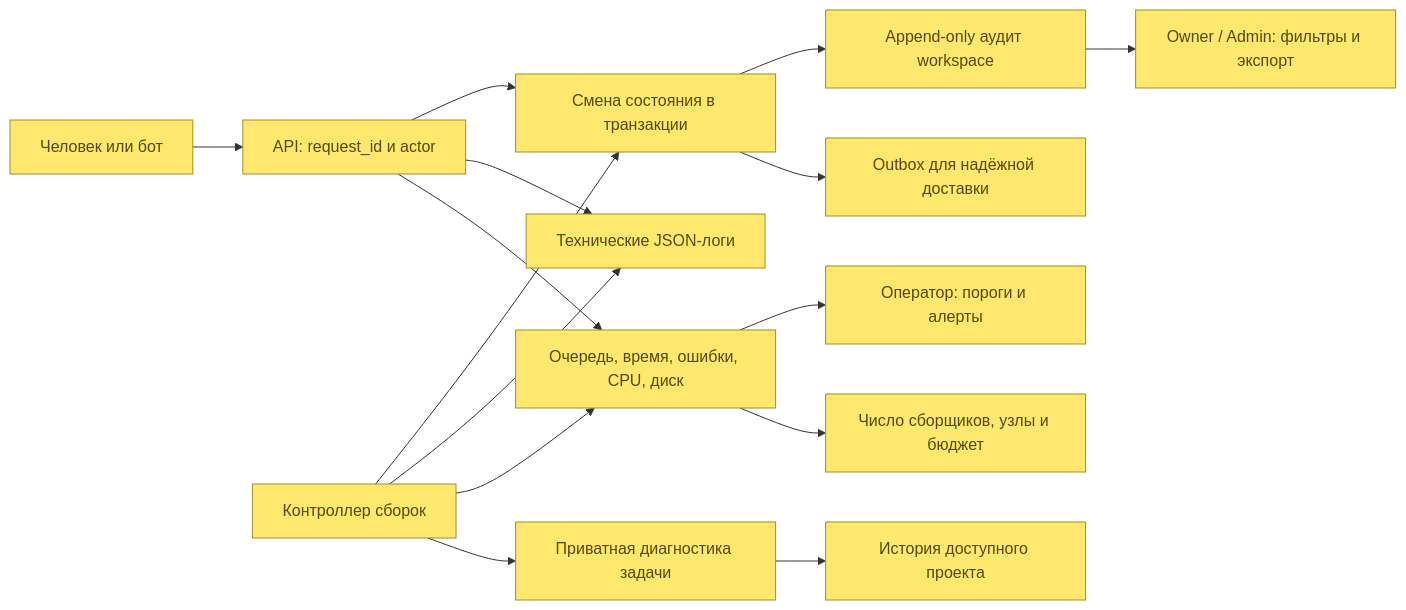
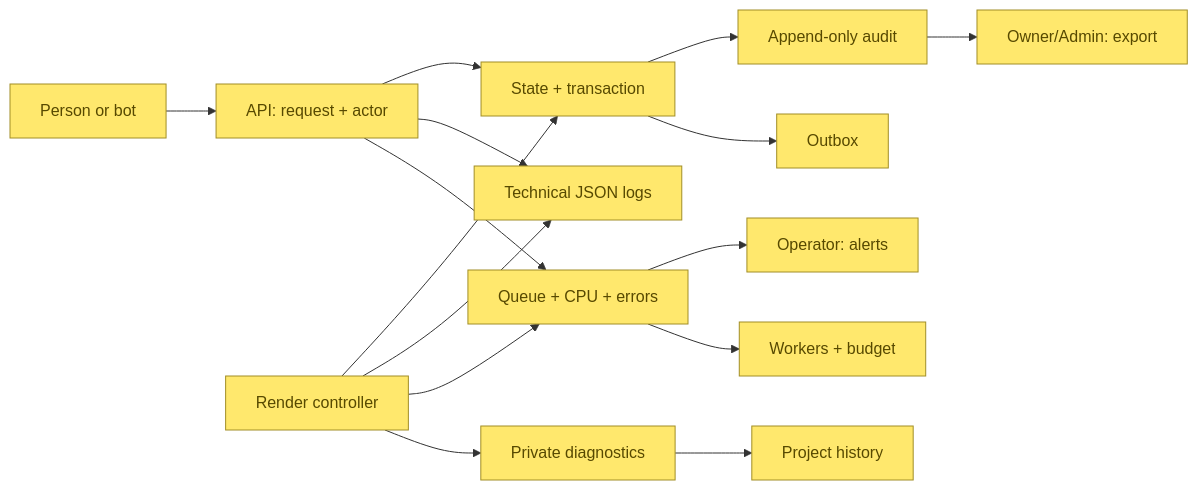
One commit to Feruum/Leafrun changed the diagram in docs/architecture/diagrams/v1/14-audit-operations.mmd. Above: the diagram before and after it, drawn with Mermaid. The commit also changed 38 other files, not shown here.

```diff
--- a/docs/architecture/diagrams/v1/14-audit-operations.mmd
+++ b/docs/architecture/diagrams/v1/14-audit-operations.mmd
@@ -1,17 +1,17 @@
 flowchart LR
-    Browser[Человек или бот] --> API[API: request_id и actor]
-    Worker[Контроллер сборок] --> State[Смена состояния в транзакции]
+    Browser[Person or bot] --> API[API: request + actor]
+    Worker[Render controller] --> State[State + transaction]
     API --> State
-    State --> Audit[Append-only аудит workspace]
-    State --> Outbox[Outbox для надёжной доставки]
-    Audit --> Owner[Owner / Admin: фильтры и экспорт]
-    API --> Logs[Технические JSON-логи]
+    State --> Audit[Append-only audit]
+    State --> Outbox[Outbox]
+    Audit --> Owner[Owner/Admin: export]
+    API --> Logs[Technical JSON logs]
     Worker --> Logs
-    API --> Metrics[Очередь, время, ошибки, CPU, диск]
+    API --> Metrics[Queue + CPU + errors]
     Worker --> Metrics
-    Metrics --> Alerts[Оператор: пороги и алерты]
-    Metrics --> Scaling[Число сборщиков, узлы и бюджет]
-    Worker --> Diagnostic[Приватная диагностика задачи]
-    Diagnostic --> Project[История доступного проекта]
+    Metrics --> Alerts[Operator: alerts]
+    Metrics --> Scaling[Workers + budget]
+    Worker --> Diagnostic[Private diagnostics]
+    Diagnostic --> Project[Project history]
     classDef component fill:#FFE86D,stroke:#A28E26,color:#574900
     class Browser,API,Worker,State,Audit,Outbox,Owner,Logs,Metrics,Alerts,Scaling,Diagnostic,Project component
```
